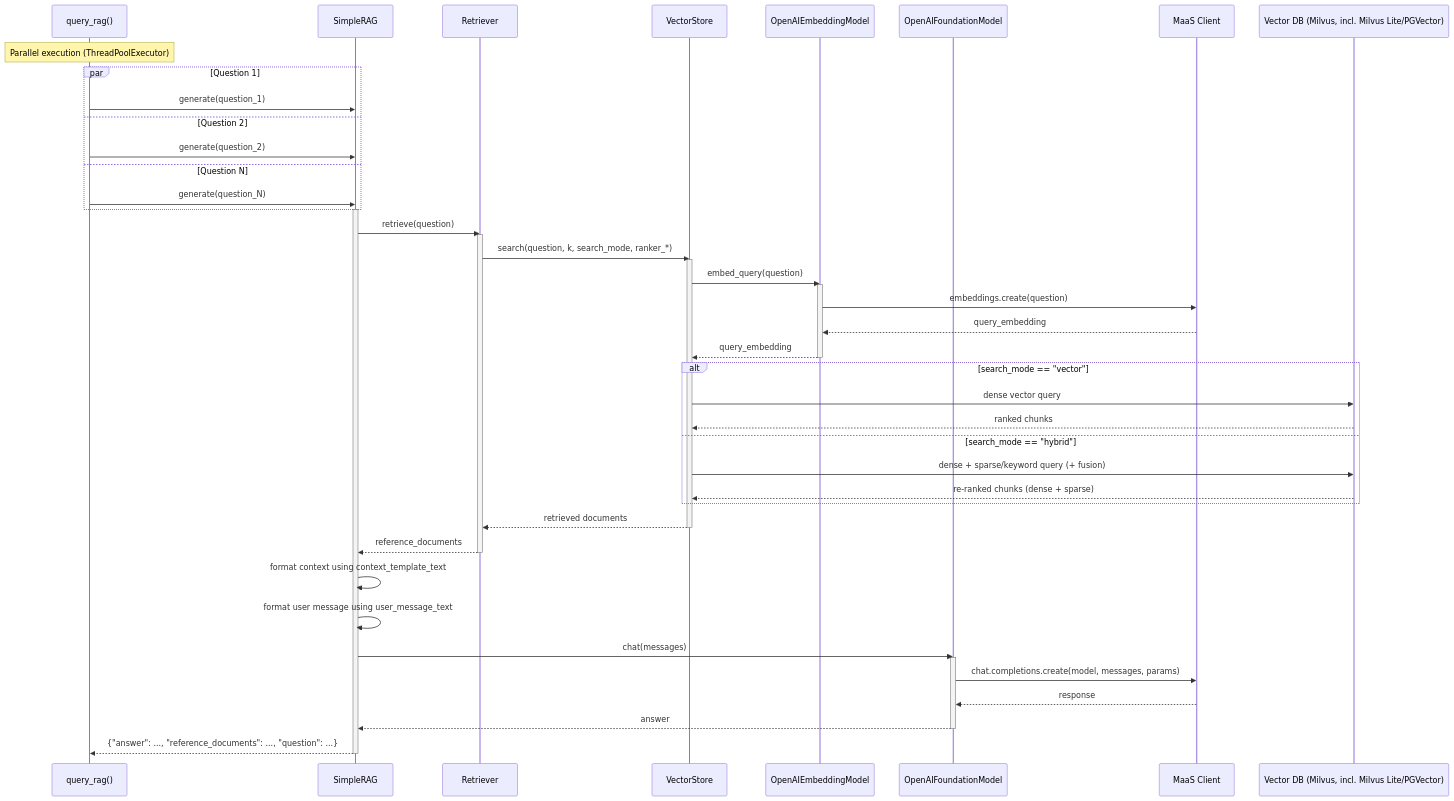
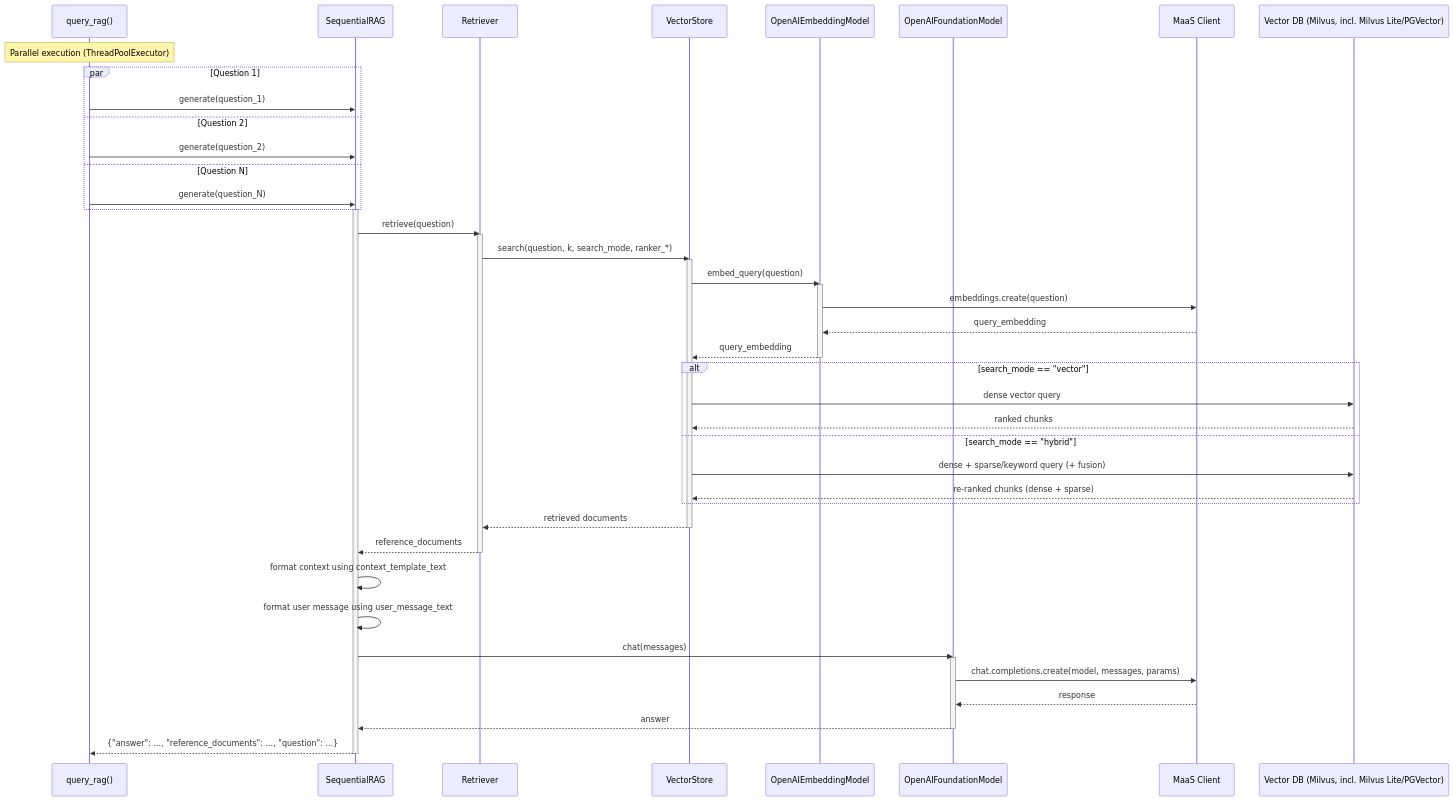
Before and after one commit to IBM/ai4rag: the second of 4 diagrams in docs/architecture/data-flow.md, drawn with Mermaid. The commit also changed other lines of this file and 45 other files, not shown here.

````diff
--- a/docs/architecture/data-flow.md
+++ b/docs/architecture/data-flow.md
@@ -242,57 +242,57 @@
 ```mermaid
 sequenceDiagram
     participant QR as query_rag()
-    participant RAG as SimpleRAG
+    participant RAG as SequentialRAG
     participant Ret as Retriever
     participant VS as VectorStore
     participant EM as OpenAIEmbeddingModel
     participant FM as OpenAIFoundationModel
     participant MaaSClient as MaaS Client
     participant DB as Vector DB (Milvus, incl. Milvus Lite/PGVector)
 
     Note over QR: Parallel execution (ThreadPoolExecutor)
     par Question 1
         QR->>RAG: generate(question_1)
     and Question 2
         QR->>RAG: generate(question_2)
     and Question N
         QR->>RAG: generate(question_N)
     end
 
     activate RAG
     RAG->>Ret: retrieve(question)
     activate Ret
     Ret->>VS: search(question, k, search_mode, ranker_*)
     activate VS
     VS->>EM: embed_query(question)
     activate EM
     EM->>MaaSClient: embeddings.create(question)
     MaaSClient-->>EM: query_embedding
     EM-->>VS: query_embedding
     deactivate EM
 
     alt search_mode == "vector"
         VS->>DB: dense vector query
         DB-->>VS: ranked chunks
     else search_mode == "hybrid"
         VS->>DB: dense + sparse/keyword query (+ fusion)
         DB-->>VS: re-ranked chunks (dense + sparse)
     end
 
     VS-->>Ret: retrieved documents
     deactivate VS
     Ret-->>RAG: reference_documents
     deactivate Ret
 
     RAG->>RAG: format context using context_template_text
     RAG->>RAG: format user message using user_message_text
     RAG->>FM: chat(messages)
     activate FM
     FM->>MaaSClient: chat.completions.create(model, messages, params)
     MaaSClient-->>FM: response
     FM-->>RAG: answer
     deactivate FM
 
     RAG-->>QR: {"answer": ..., "reference_documents": ..., "question": ...}
     deactivate RAG
 ```
````
